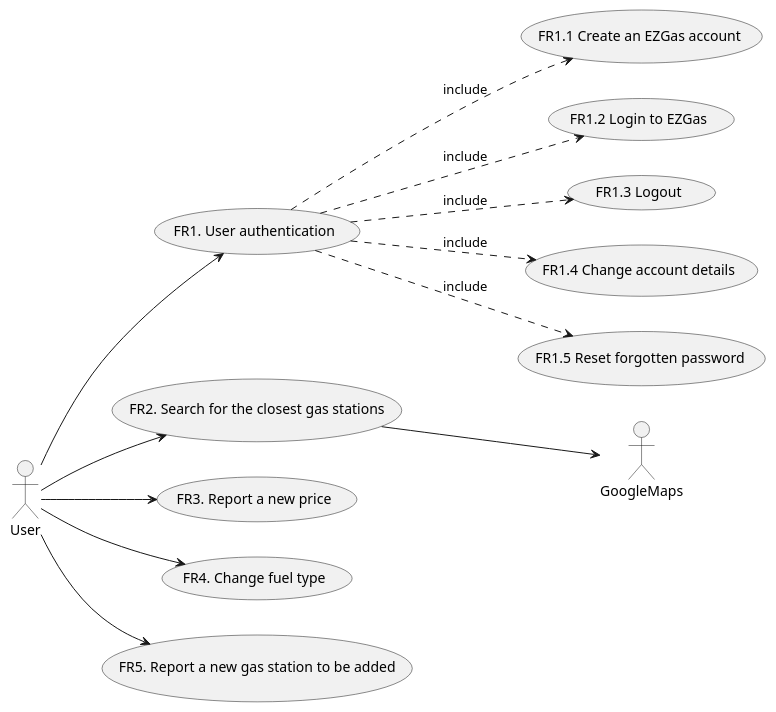
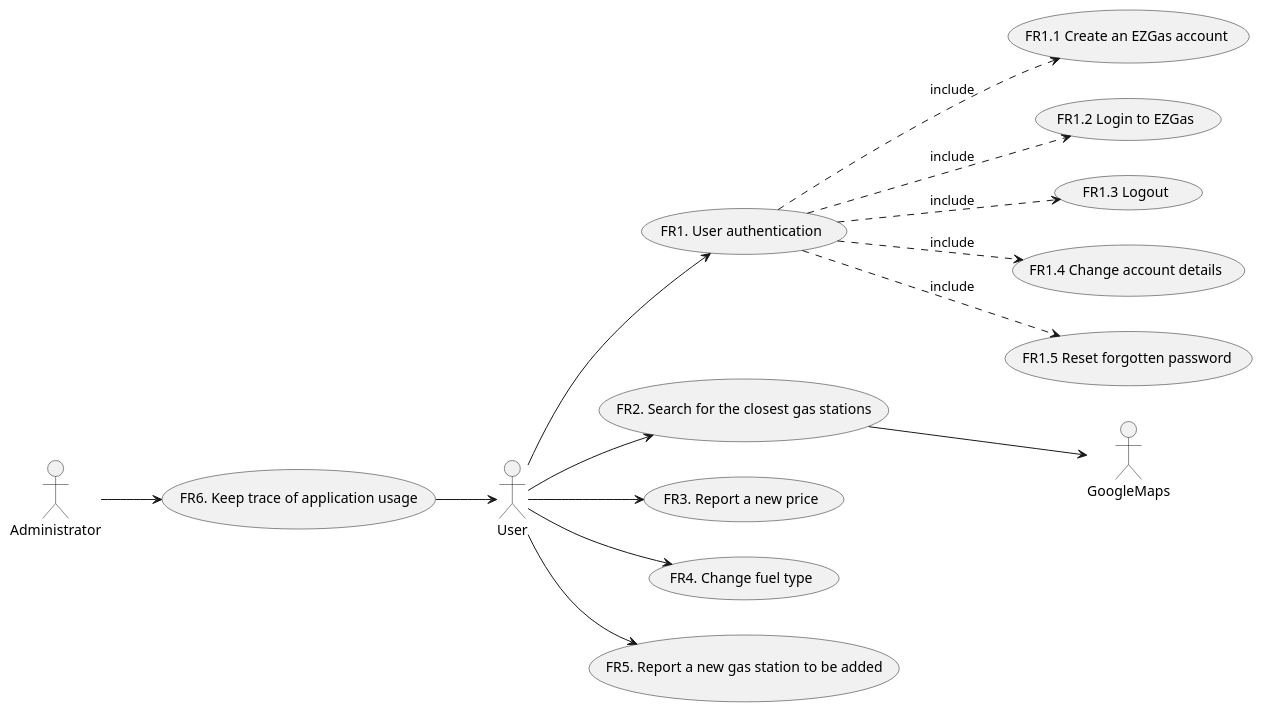
The second of 4 diagrams in docs/RequirementsDocument.md (s269731/Ezgas-SE1), drawn with PlantUML before and after one commit. The commit also changed other lines of this file, not shown here.

Commit message:
docs: fixed context diagram, FRs, use case diagram, use cases, relevant scenarios, glossary

````diff
--- a/docs/RequirementsDocument.md
+++ b/docs/RequirementsDocument.md
@@ -132,28 +135,32 @@
 ```plantuml
 @startuml
 
 left to right direction 
 
 actor User
 actor GoogleMaps
+actor Administrator
 
 (FR1. User authentication) as (FR1)
 (FR2. Search for the closest gas stations) as (FR2)
 (FR3. Report a new price) as (FR3)
 (FR4. Change fuel type) as (FR4)
 (FR5. Report a new gas station to be added) as (FR5)
+(FR6. Keep trace of application usage) as (FR6)
 
 User --> (FR1)
 (FR1) ..> (FR1.1 Create an EZGas account) : include
 (FR1) ..> (FR1.2 Login to EZGas) : include
 (FR1) ..> (FR1.3 Logout) : include
 (FR1) ..> (FR1.4 Change account details) : include
 (FR1) ..> (FR1.5 Reset forgotten password) : include
 User --> (FR2)
 (FR2) --> GoogleMaps
 User --> (FR3)
 User --> (FR4)
 User --> (FR5)
+Administrator --> (FR6)
+(FR6) --> User
 
 @enduml
 ```
````
